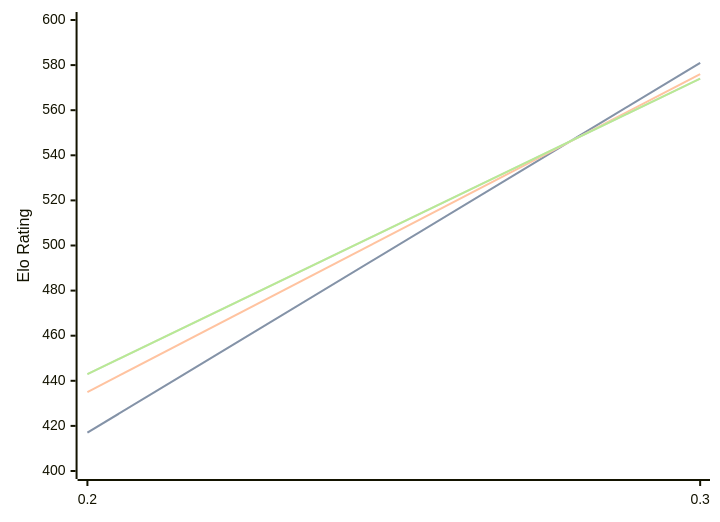
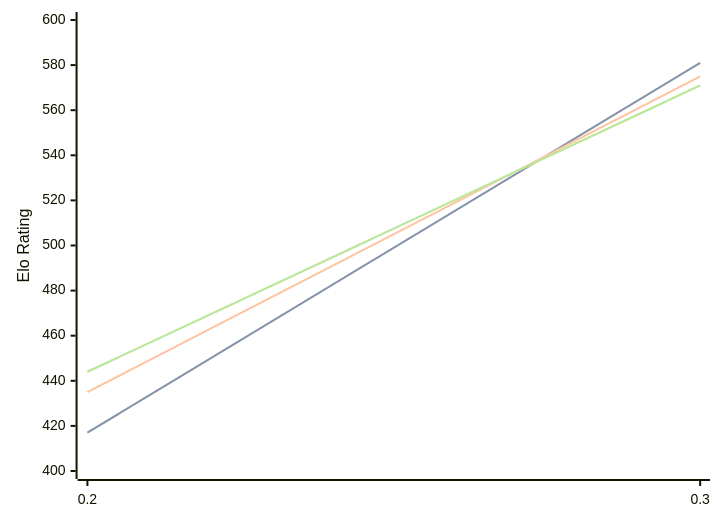
Before and after one commit to computer-chess-index/cci: the diagram in engines/Magpie.md, drawn with Mermaid. The commit also changed other lines of this file, not shown here.

Commit message:
Update CCI Ratings (ELO VLTC) - 2026-09-08

````diff
--- a/engines/Magpie.md
+++ b/engines/Magpie.md
@@ -32,11 +32,11 @@
 ```mermaid
 %%{init: {"theme":"base","themeVariables":{"seriesColors:['#a3a3a3','#222221','#faa371']}}}%%
 xychart-beta
   x-axis ["0.2", "0.3"]
   y-axis "Elo Rating" 400 --> 600
   line "" [417, 581]
   line "STC (8.0+0.08s)" [417, 581]
-  line "LTC (60.0+0.60s)" [435, 576]
-  line "" [443, 574]
-  line "VLTC (2m24s+1.12s)" [443, 574]
+  line "LTC (60.0+0.60s)" [435, 575]
+  line "" [444, 571]
+  line "VLTC (2m24s+1.12s)" [444, 571]
 ```
````
